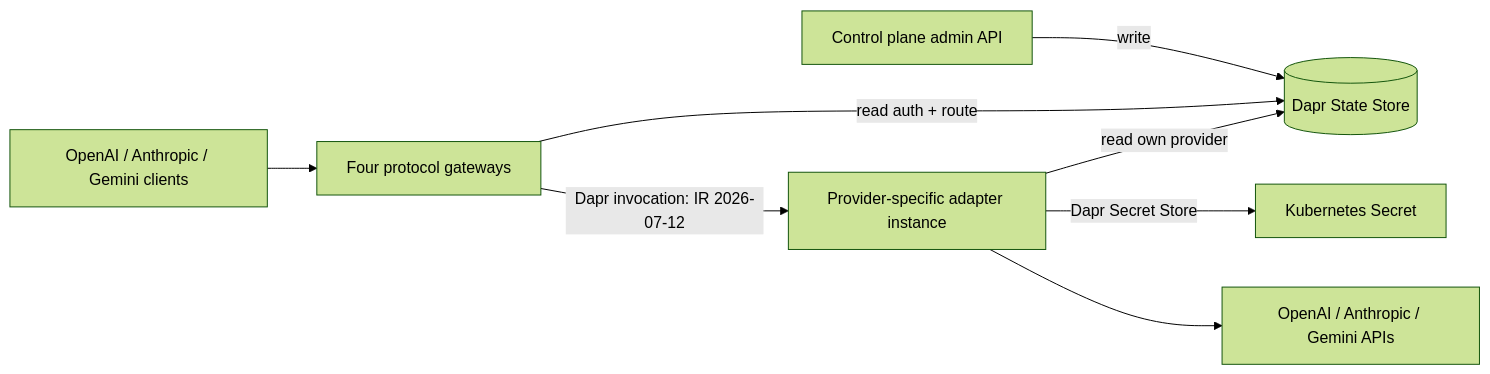
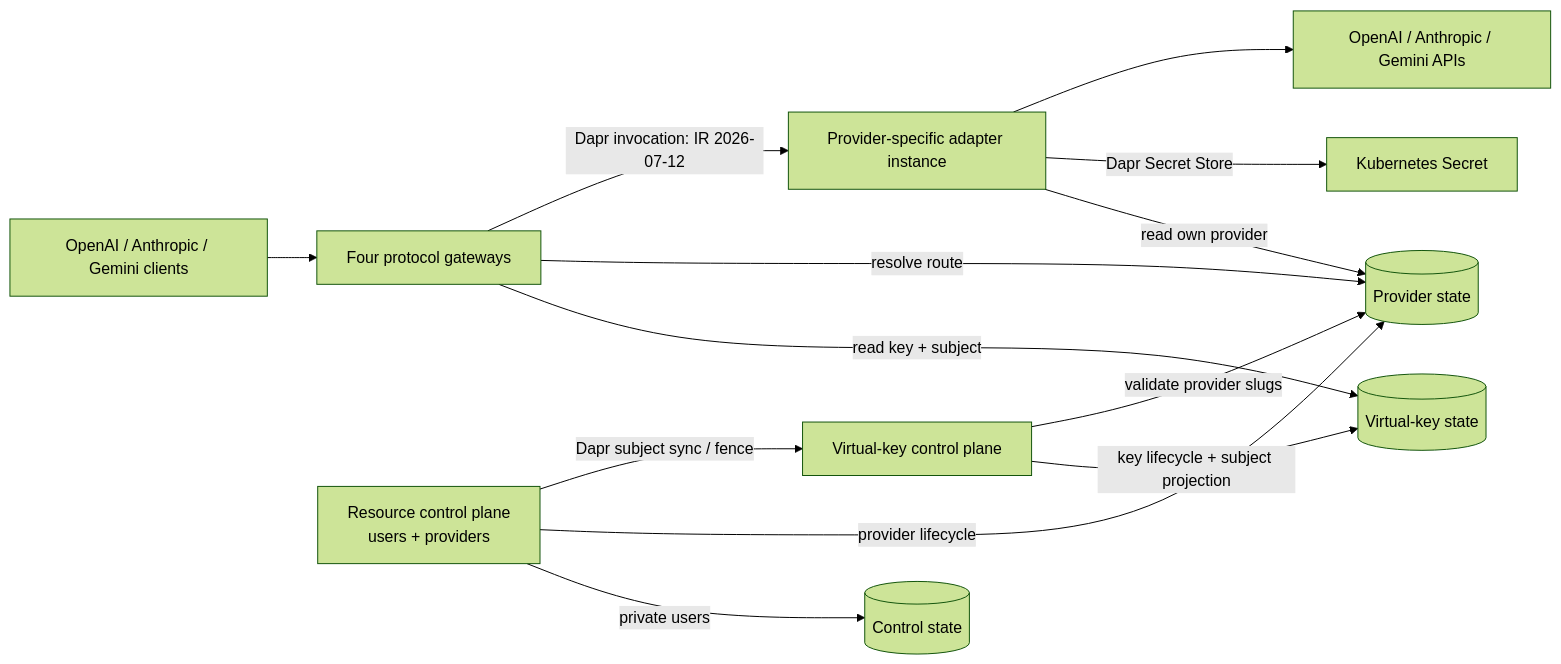
One commit to Albe83/gwai changed the diagram in README.md. Above: the diagram before and after it, drawn with Mermaid (forest theme). The commit also changed other lines of this file and 49 other files, not shown here.

First line of the commit message:
feat(control-plane): split services and state domains

````diff
--- a/README.md
+++ b/README.md
@@ -30,10 +30,15 @@
 ```mermaid
 flowchart LR
     Clients[OpenAI / Anthropic / Gemini clients] --> Gateways[Four protocol gateways]
-    CP[Control plane admin API] -->|write| State[(Dapr State Store)]
-    Gateways -->|read auth + route| State
+    CP[Resource control plane<br/>users + providers] -->|private users| CS[(Control state)]
+    CP -->|provider lifecycle| PS[(Provider state)]
+    CP -->|Dapr subject sync / fence| KP[Virtual-key control plane]
+    KP -->|key lifecycle + subject projection| KS[(Virtual-key state)]
+    KP -->|validate provider slugs| PS
+    Gateways -->|read key + subject| KS
+    Gateways -->|resolve route| PS
     Gateways -->|Dapr invocation: IR 2026-07-12| Adapters[Provider-specific adapter instance]
-    Adapters -->|read own provider| State
+    Adapters -->|read own provider| PS
     Adapters -->|Dapr Secret Store| Secrets[Kubernetes Secret]
     Adapters --> Providers[OpenAI / Anthropic / Gemini APIs]
 ```
````
